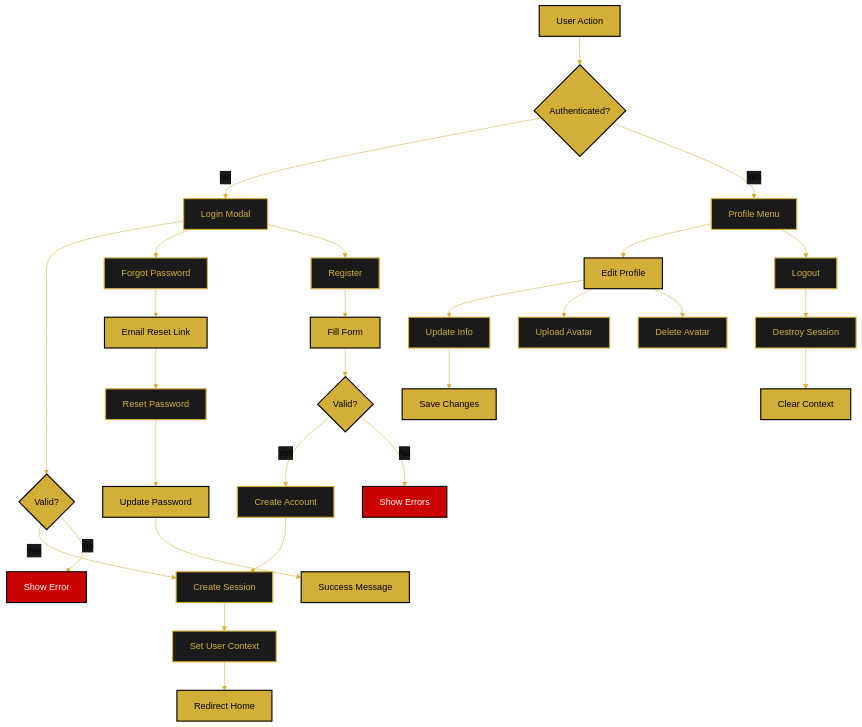
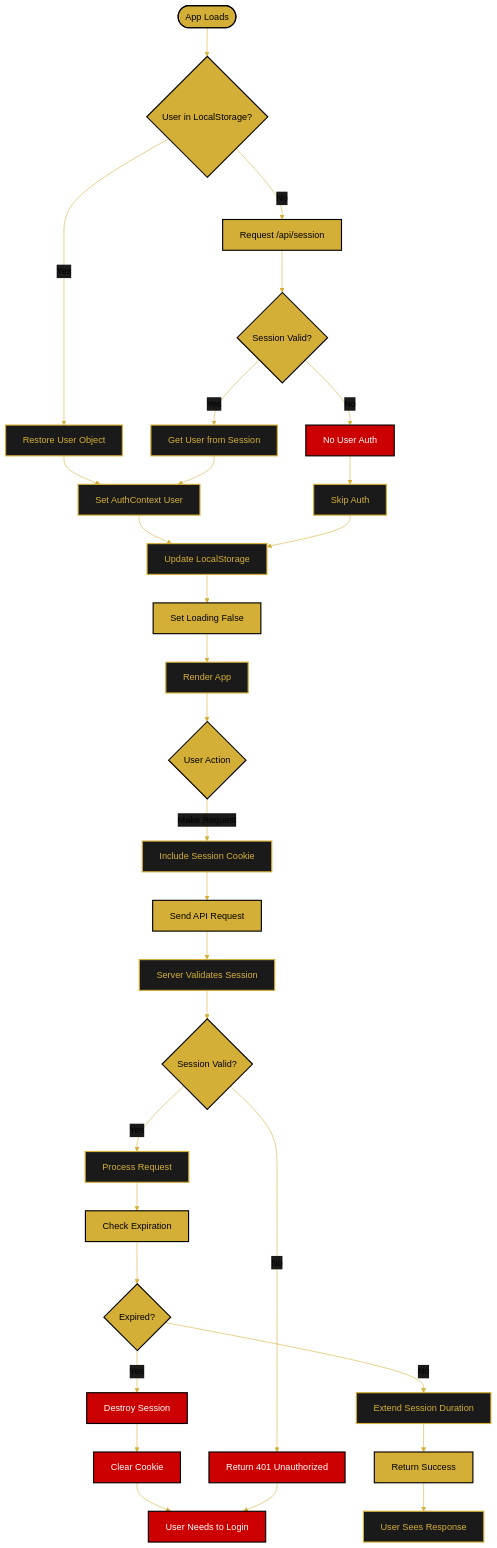
Before and after one commit to paulobrigidofilho/orbishistorymaps: the third of 4 diagrams in docs/flows/authentication-flow.md, drawn with Mermaid. The commit also changed other lines of this file and 31 other files, not shown here.

````diff
--- a/docs/flows/authentication-flow.md
+++ b/docs/flows/authentication-flow.md
@@ -9,43 +181,49 @@
 ```mermaid
 %%{init: {'theme':'base', 'themeVariables': { 'primaryColor':'#D4AF37','primaryTextColor':'#000','primaryBorderColor':'#000','lineColor':'#D4AF37','secondaryColor':'#1a1a1a','tertiaryColor':'#333'}}}%%
 graph TD
-    A[User Action]:::gold --> B{Authenticated?}:::gold
+    App([App Loads]):::gold --> CheckStorage{User in LocalStorage?}:::gold
     
-    B -->|No| Login[Login Modal]:::black
-    B -->|Yes| Profile[Profile Menu]:::black
+    CheckStorage -->|Yes| RestoreLocal[Restore User Object]:::black
+    CheckStorage -->|No| SessionRequest[Request /api/session]:::gold
     
-    Login --> ValidateCredentials{Valid?}:::gold
-    ValidateCredentials -->|Yes| CreateSession[Create Session]:::black
-    ValidateCredentials -->|No| Error[Show Error]:::error
+    RestoreLocal --> SetContext[Set AuthContext User]:::black
+    SessionRequest --> SessionReturns{Session Valid?}:::gold
     
-    CreateSession --> SetContext[Set User Context]:::black
-    SetContext --> Redirect[Redirect Home]:::gold
+    SessionReturns -->|Yes| SessionUser[Get User from Session]:::black
+    SessionReturns -->|No| NoUser[No User Auth]:::error
     
-    Login --> ForgotPW[Forgot Password]:::black
-    ForgotPW --> EmailReset[Email Reset Link]:::gold
-    EmailReset --> ResetModal[Reset Password]:::black
-    ResetModal --> UpdatePW[Update Password]:::gold
-    UpdatePW --> Success[Success Message]:::gold
+    SessionUser --> SetContext
+    NoUser --> SkipAuth[Skip Auth]:::black
+    SetContext --> UpdateLocal[Update LocalStorage]:::black
+    SkipAuth --> UpdateLocal
     
-    Login --> Register[Register]:::black
-    Register --> FillForm[Fill Form]:::gold
-    FillForm --> Validate{Valid?}:::gold
-    Validate -->|Yes| CreateUser[Create Account]:::black
-    Validate -->|No| ShowErrors[Show Errors]:::error
-    CreateUser --> CreateSession
+    UpdateLocal --> LoadingDone[Set Loading False]:::gold
+    LoadingDone --> RenderApp[Render App]:::black
     
-    Profile --> EditProfile[Edit Profile]:::gold
-    Profile --> LogoutUser[Logout]:::black
+    RenderApp --> UserAction{User Action}:::gold
+    UserAction -->|Make Request| AddCookie[Include Session Cookie]:::black
+    AddCookie --> Request[Send API Request]:::gold
     
-    EditProfile --> UpdateProfile[Update Info]:::black
-    EditProfile --> UploadAvatar[Upload Avatar]:::black
-    EditProfile --> DeleteAvatar[Delete Avatar]:::black
-    UpdateProfile --> SaveChanges[Save Changes]:::gold
+    Request --> ServerCheck[Server Validates Session]:::black
+    ServerCheck --> IsValid{Session Valid?}:::gold
     
-    LogoutUser --> DestroySession[Destroy Session]:::black
-    DestroySession --> ClearContext[Clear Context]:::gold
+    IsValid -->|Yes| ProcessRequest[Process Request]:::black
+    IsValid -->|No| Auth401[Return 401 Unauthorized]:::error
+    
+    ProcessRequest --> CheckExpire[Check Expiration]:::gold
+    CheckExpire --> Expired{Expired?}:::gold
+    Expired -->|Yes| DestroySession[Destroy Session]:::error
+    Expired -->|No| ExtendSession[Extend Session Duration]:::black
+    
+    ExtendSession --> ResponseOK[Return Success]:::gold
+    ResponseOK --> UserSees[User Sees Response]:::black
+    
+    DestroySession --> ClearCookie[Clear Cookie]:::error
+    ClearCookie --> AuthNeeded[User Needs to Login]:::error
+    
+    Auth401 --> AuthNeeded
     
     classDef gold fill:#D4AF37,stroke:#000,stroke-width:2px,color:#000
     classDef black fill:#1a1a1a,stroke:#D4AF37,stroke-width:2px,color:#D4AF37
     classDef error fill:#cc0000,stroke:#000,stroke-width:2px,color:#fff
 ```
````
